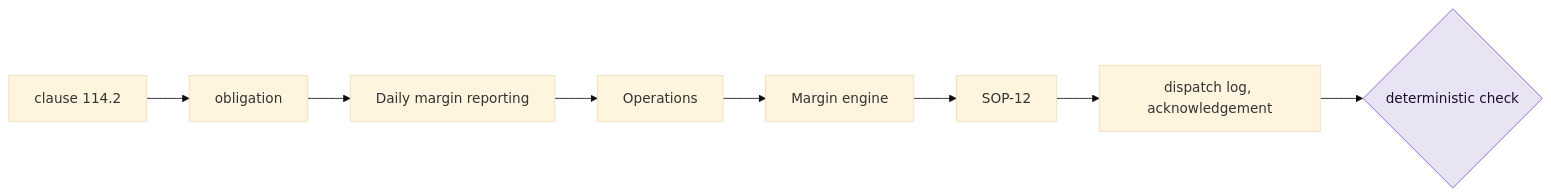
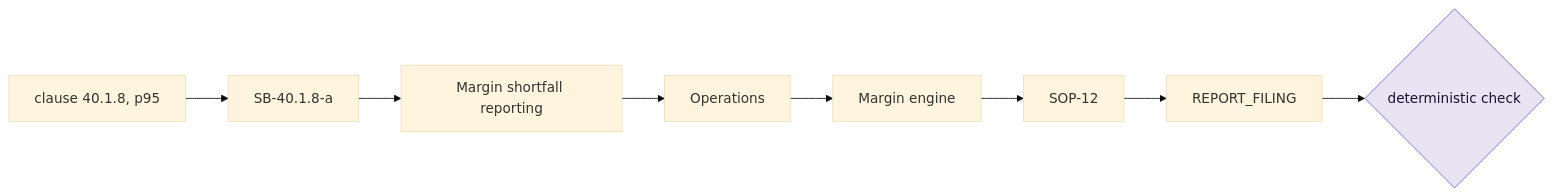
The tenth of 12 diagrams in README.md (yerramsettysuchita/sanhita), drawn with Mermaid (base theme) before and after one commit. The commit also changed other lines of this file and 42 other files, not shown here.

````diff
--- a/README.md
+++ b/README.md
@@ -615,12 +753,12 @@
 ```mermaid
 flowchart LR
-    CL[clause 114.2] --> OB[obligation]
-    OB --> PR[Daily margin reporting]
+    CL["clause 40.1.8, p95"] --> OB["SB-40.1.8-a"]
+    OB --> PR[Margin shortfall reporting]
     PR --> FN[Operations]
     FN --> SY[Margin engine]
     SY --> CT[SOP-12]
-    CT --> EV[dispatch log, acknowledgement]
+    CT --> EV[REPORT_FILING]
     EV --> CK{deterministic check}
 
     style CK fill:#E8E4F3,stroke:#7C5CD6,color:#1a1030
 ```
````
